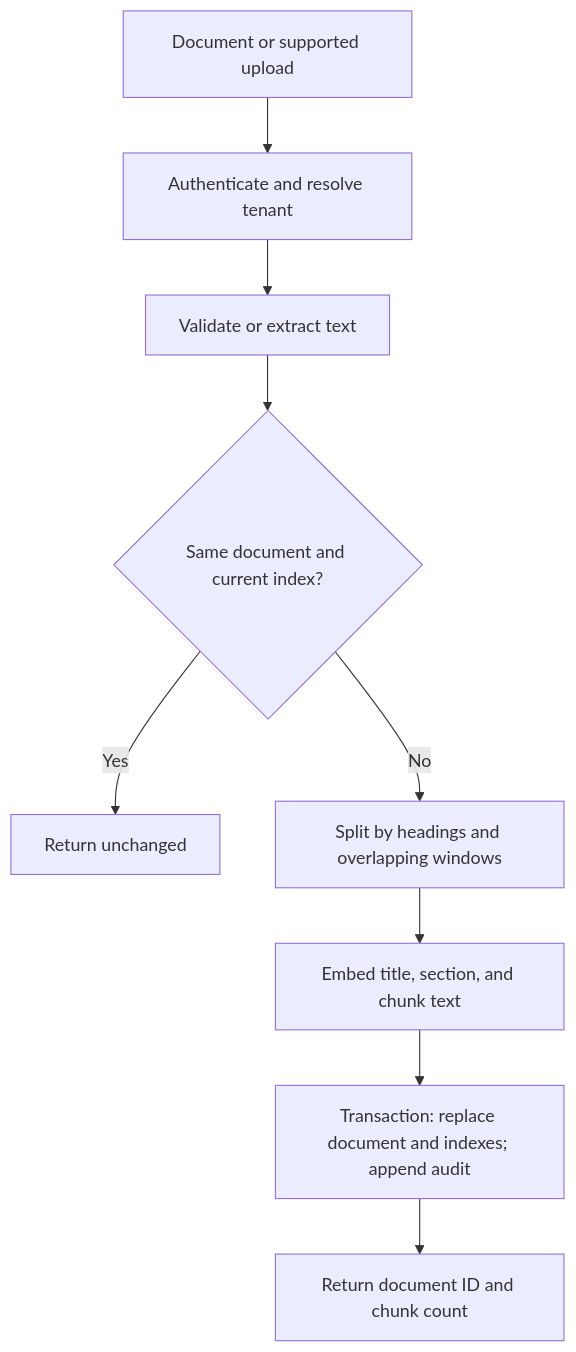
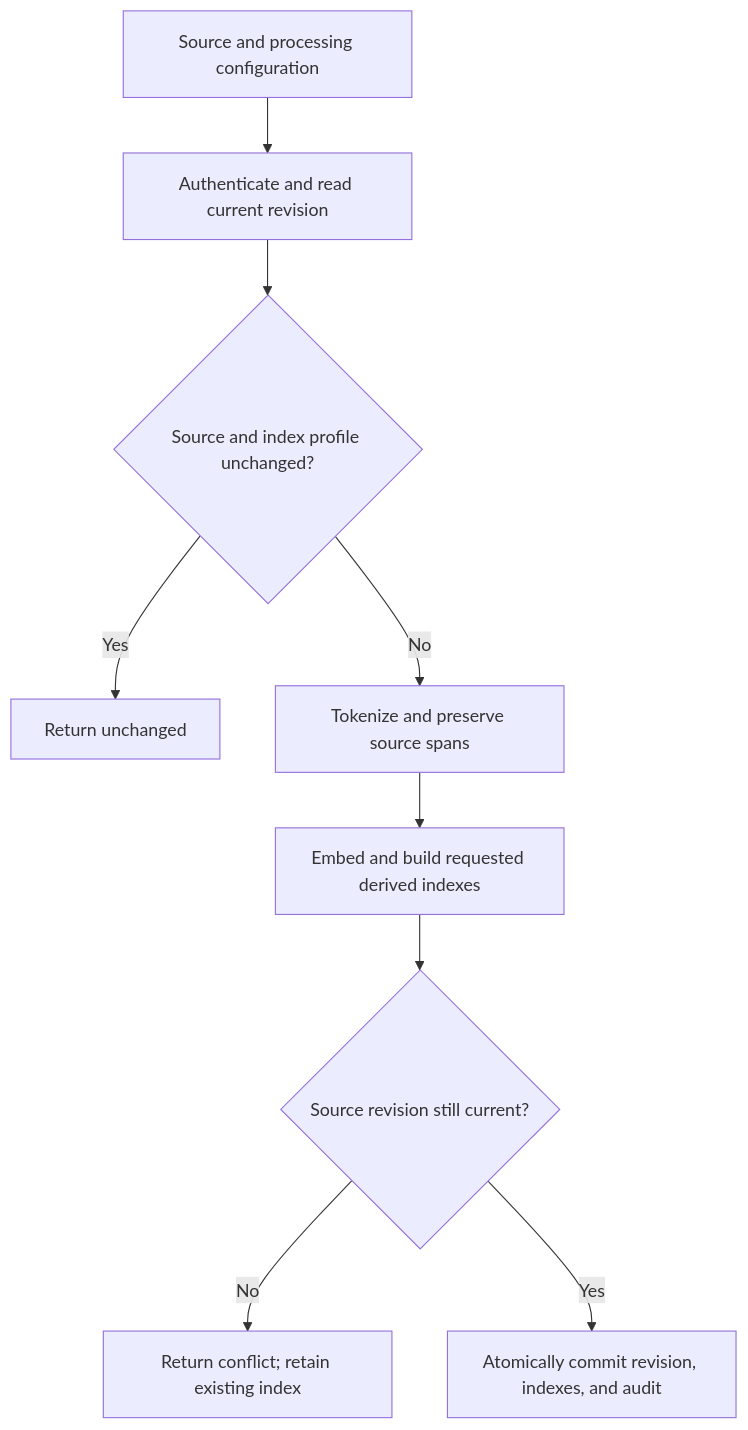
One commit to MasterLKH180cm/RAGs changed the second of 3 diagrams in README.md. Above: the diagram before and after it, drawn with Mermaid. The commit also changed other lines of this file and 31 other files, not shown here.

````diff
--- a/README.md
+++ b/README.md
@@ -138,11 +125,11 @@
 ```mermaid
 flowchart TD
-    Request[Document or supported upload] --> Auth[Authenticate and resolve tenant]
-    Auth --> Text[Validate or extract text]
-    Text --> Same{Same document and current index?}
-    Same -->|Yes| Unchanged[Return unchanged]
-    Same -->|No| Split[Split by headings and overlapping windows]
-    Split --> Embed["Embed title, section, and chunk text"]
-    Embed --> Write["Transaction: replace document and indexes; append audit"]
-    Write --> Result[Return document ID and chunk count]
+    Request["Source and processing configuration"] --> Scope["Authenticate and read current revision"]
+    Scope --> Same{"Source and index profile unchanged?"}
+    Same -->|Yes| Unchanged["Return unchanged"]
+    Same -->|No| Chunk["Tokenize and preserve source spans"]
+    Chunk --> Index["Embed and build requested derived indexes"]
+    Index --> Check{"Source revision still current?"}
+    Check -->|No| Conflict["Return conflict; retain existing index"]
+    Check -->|Yes| Commit["Atomically commit revision, indexes, and audit"]
 ```
````
